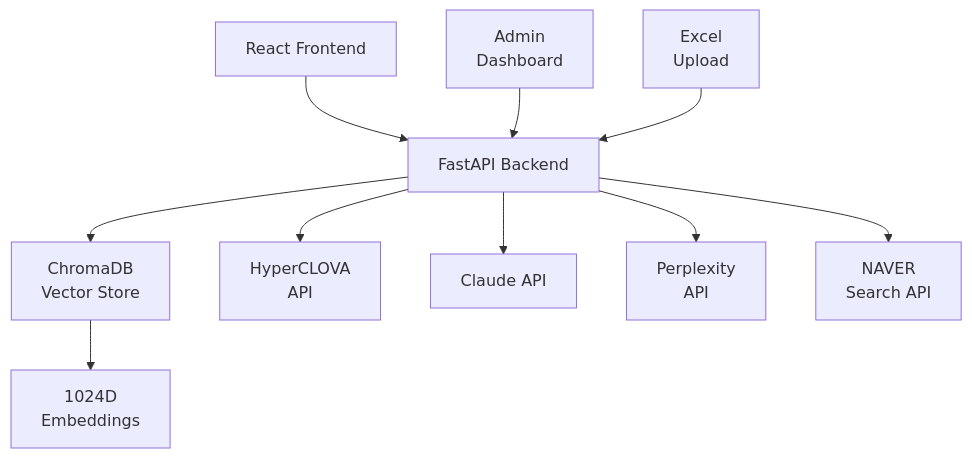
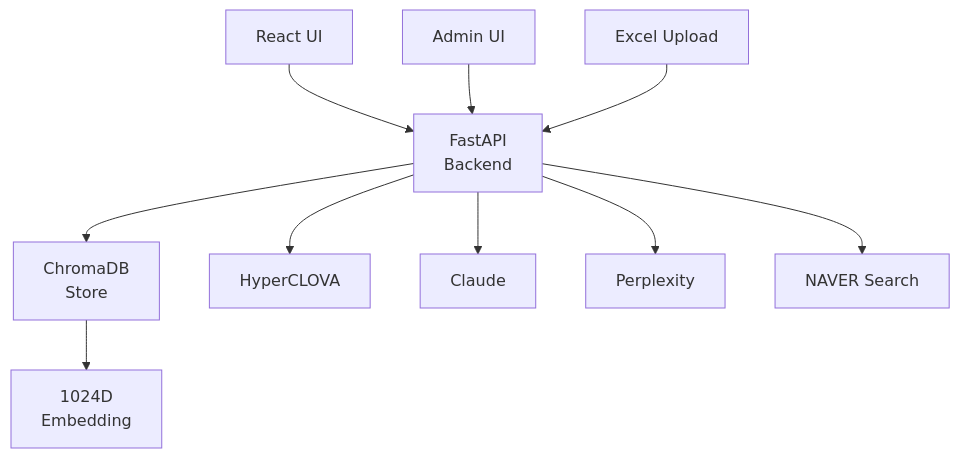
One commit to IronhawkReigns/msp-evaluator changed the diagram in README.md. Above: the diagram before and after it, drawn with Mermaid.

````diff
--- a/README.md
+++ b/README.md
@@ -24,12 +24,12 @@
 ```mermaid
 graph TB
-    A[React Frontend] --> B[FastAPI Backend]
-    B --> C[ChromaDB<br/>Vector Store]
-    B --> D[HyperCLOVA<br/>API]
-    B --> E[Claude API]
-    B --> F[Perplexity<br/>API]
-    B --> G[NAVER<br/>Search API]
-    C --> H[1024D<br/>Embeddings]
-    I[Admin<br/>Dashboard] --> B
-    J[Excel<br/>Upload] --> B
+    A[React UI] --> B[FastAPI<br/>Backend]
+    I[Admin UI] --> B
+    J[Excel Upload] --> B
+    B --> C[ChromaDB<br/>Store]
+    B --> D[HyperCLOVA]
+    B --> E[Claude]
+    B --> F[Perplexity]
+    B --> G[NAVER Search]
+    C --> H[1024D<br/>Embedding]
 ```
````
